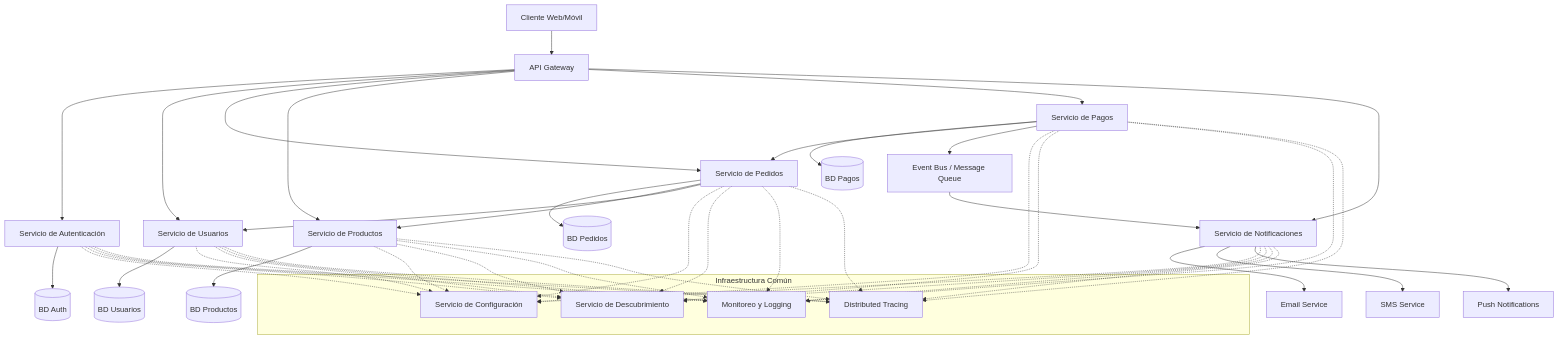
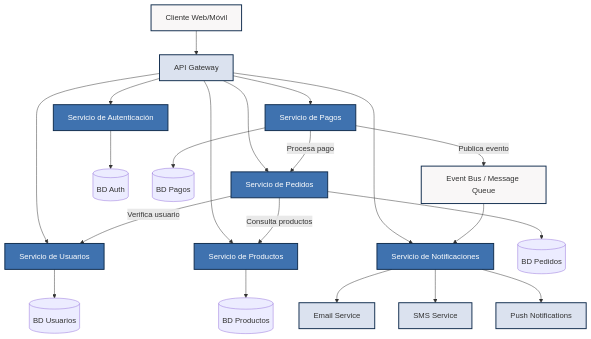
The first of 3 diagrams in docs/architecture/microservices/index.md (aialphanovatide/software-architecture-guide), drawn with Mermaid before and after one commit. The commit also changed other lines of this file, not shown here.

Commit message:
Update mkdocs documentation to enhance clarity on microservices architecture by adding detailed diagrams illustrating main services, data flow, and supporting infrastructure. This update improves understanding of service interactions and infrastructure connections, ensuring comprehensive guidance for developers in Spanish.

````diff
--- a/docs/architecture/microservices/index.md
+++ b/docs/architecture/microservices/index.md
@@ -52,61 +56,39 @@
 ```mermaid
 graph TD
     Client[Cliente Web/Móvil] --> API[API Gateway]
     API --> Auth[Servicio de Autenticación]
     API --> User[Servicio de Usuarios]
     API --> Order[Servicio de Pedidos]
     API --> Product[Servicio de Productos]
     API --> Payment[Servicio de Pagos]
     API --> Notification[Servicio de Notificaciones]
     
     Auth --> AuthDB[(BD Auth)]
     User --> UserDB[(BD Usuarios)]
     Order --> OrderDB[(BD Pedidos)]
     Product --> ProductDB[(BD Productos)]
     Payment --> PaymentDB[(BD Pagos)]
     
-    Order --> Product
-    Order --> User
-    Payment --> Order
-    Payment --> EventBus
+    Order -- Consulta productos --> Product
+    Order -- Verifica usuario --> User
+    Payment -- Procesa pago --> Order
+    Payment -- Publica evento --> EventBus
     
     EventBus[Event Bus / Message Queue] --> Notification
     Notification --> Email[Email Service]
     Notification --> SMS[SMS Service]
     Notification --> Push[Push Notifications]
     
-    subgraph "Infraestructura Común"
-        Config[Servicio de Configuración]
-        Discovery[Servicio de Descubrimiento]
-        Monitoring[Monitoreo y Logging]
-        Tracing[Distributed Tracing]
-    end
-    
-    Auth -.-> Config
-    User -.-> Config
-    Order -.-> Config
-    Product -.-> Config
-    Payment -.-> Config
-    Notification -.-> Config
-    
-    Auth -.-> Discovery
-    User -.-> Discovery
-    Order -.-> Discovery
-    Product -.-> Discovery
-    Payment -.-> Discovery
-    Notification -.-> Discovery
-    
-    Auth -.-> Monitoring
-    User -.-> Monitoring
-    Order -.-> Monitoring
-    Product -.-> Monitoring
-    Payment -.-> Monitoring
-    Notification -.-> Monitoring
-    
-    Auth -.-> Tracing
-    User -.-> Tracing
-    Order -.-> Tracing
-    Product -.-> Tracing
-    Payment -.-> Tracing
-    Notification -.-> Tracing
+    style Client fill:#f9f7f7,stroke:#112d4e,stroke-width:2px
+    style API fill:#dbe2ef,stroke:#112d4e,stroke-width:2px
+    style Auth fill:#3f72af,stroke:#112d4e,stroke-width:2px,color:#ffffff
+    style User fill:#3f72af,stroke:#112d4e,stroke-width:2px,color:#ffffff
+    style Order fill:#3f72af,stroke:#112d4e,stroke-width:2px,color:#ffffff
+    style Product fill:#3f72af,stroke:#112d4e,stroke-width:2px,color:#ffffff
+    style Payment fill:#3f72af,stroke:#112d4e,stroke-width:2px,color:#ffffff
+    style Notification fill:#3f72af,stroke:#112d4e,stroke-width:2px,color:#ffffff
+    style EventBus fill:#f9f7f7,stroke:#112d4e,stroke-width:2px
+    style Email fill:#dbe2ef,stroke:#112d4e,stroke-width:2px
+    style SMS fill:#dbe2ef,stroke:#112d4e,stroke-width:2px
+    style Push fill:#dbe2ef,stroke:#112d4e,stroke-width:2px
 ```
````
